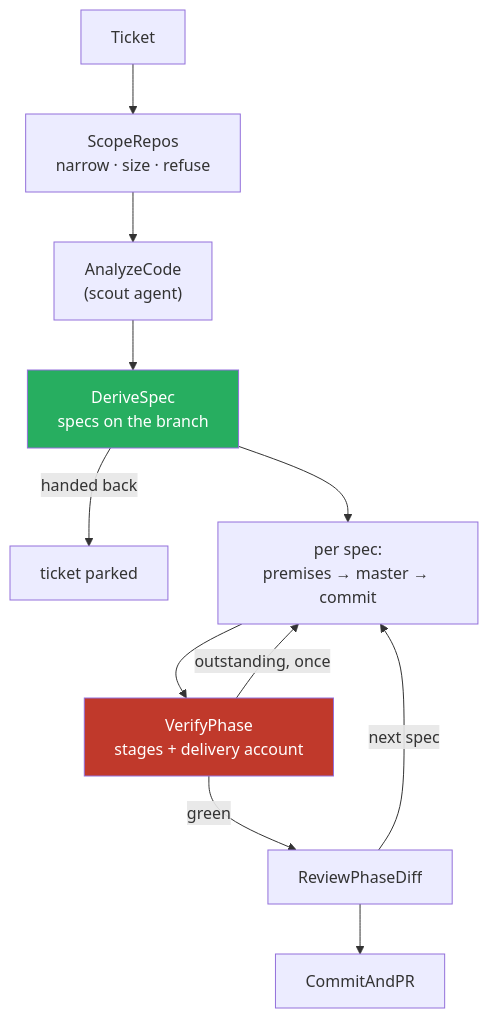
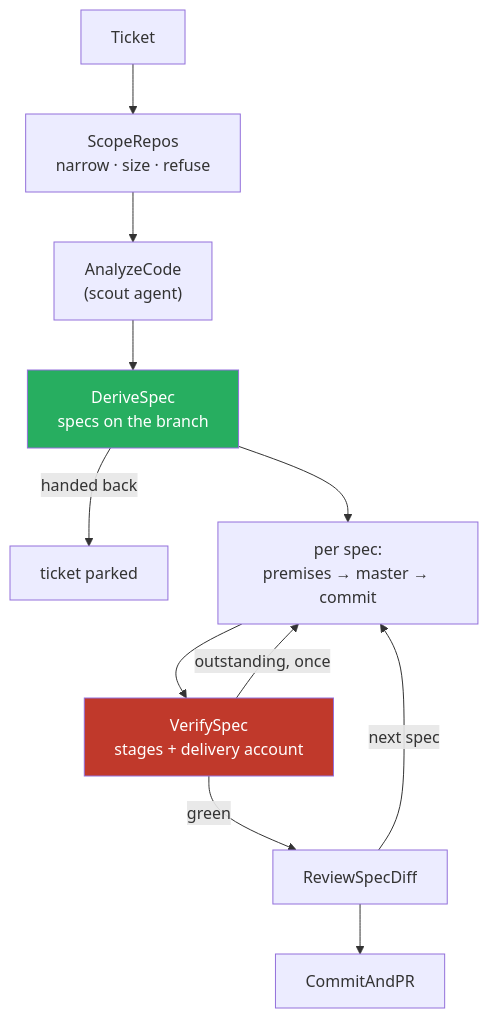
The diagram in docs/reference/pipelines/fix-and-feature.md (holgerleichsenring/agent-smith), drawn with Mermaid before and after one commit. The commit also changed other lines of this file and 160 other files, not shown here.

First line of the commit message:
feat: an architecture test refuses the word phase outside history and a shrink-only allowlist (2026-10-12-967ag)

````diff
--- a/docs/reference/pipelines/fix-and-feature.md
+++ b/docs/reference/pipelines/fix-and-feature.md
@@ -49,16 +49,16 @@
 ```mermaid
 graph TD
     Ticket --> Scope["ScopeRepos<br/>narrow · size · refuse"]
     Scope --> Analyze["AnalyzeCode<br/>(scout agent)"]
     Analyze --> Derive["DeriveSpec<br/>specs on the branch"]
     Derive -->|handed back| Park[ticket parked]
     Derive --> Spec["per spec:<br/>premises → master → commit"]
-    Spec --> Verify["VerifyPhase<br/>stages + delivery account"]
+    Spec --> Verify["VerifySpec<br/>stages + delivery account"]
     Verify -->|outstanding, once| Spec
-    Verify -->|green| Review[ReviewPhaseDiff]
+    Verify -->|green| Review[ReviewSpecDiff]
     Review -->|next spec| Spec
     Review --> PR[CommitAndPR]
 
     style Derive fill:#27ae60,color:#fff
     style Verify fill:#c0392b,color:#fff
 ```
````
